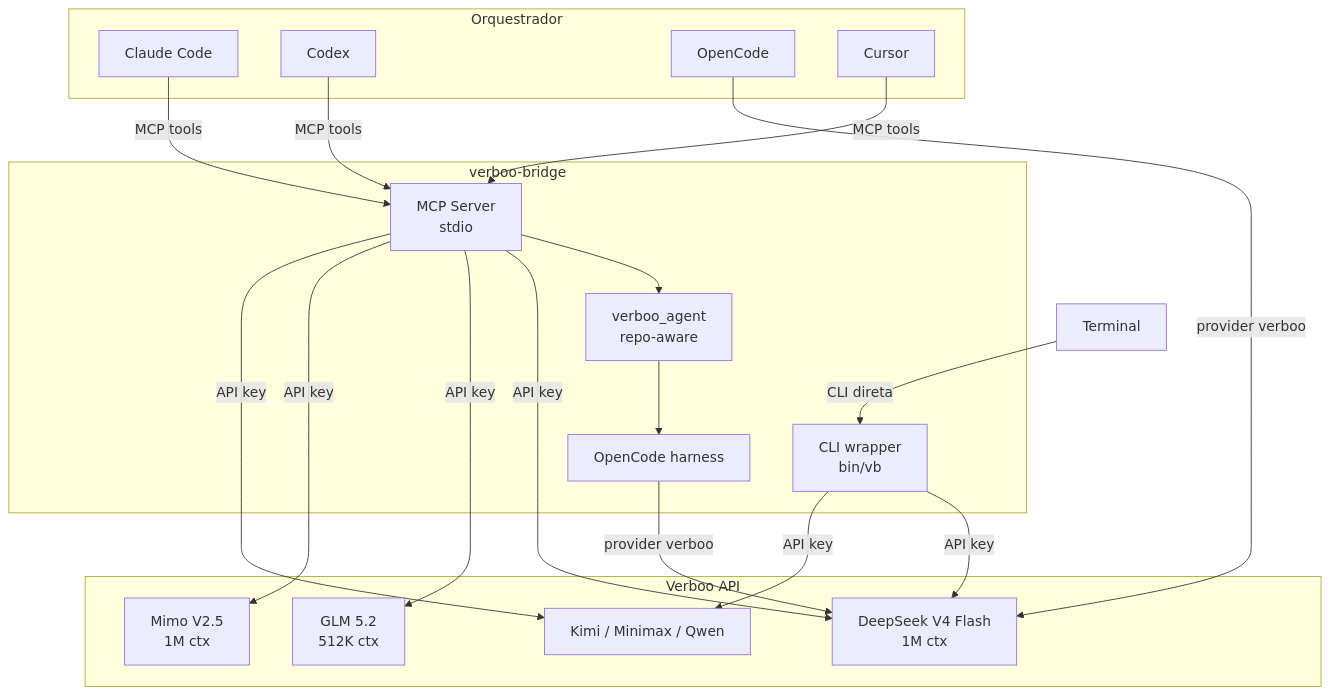
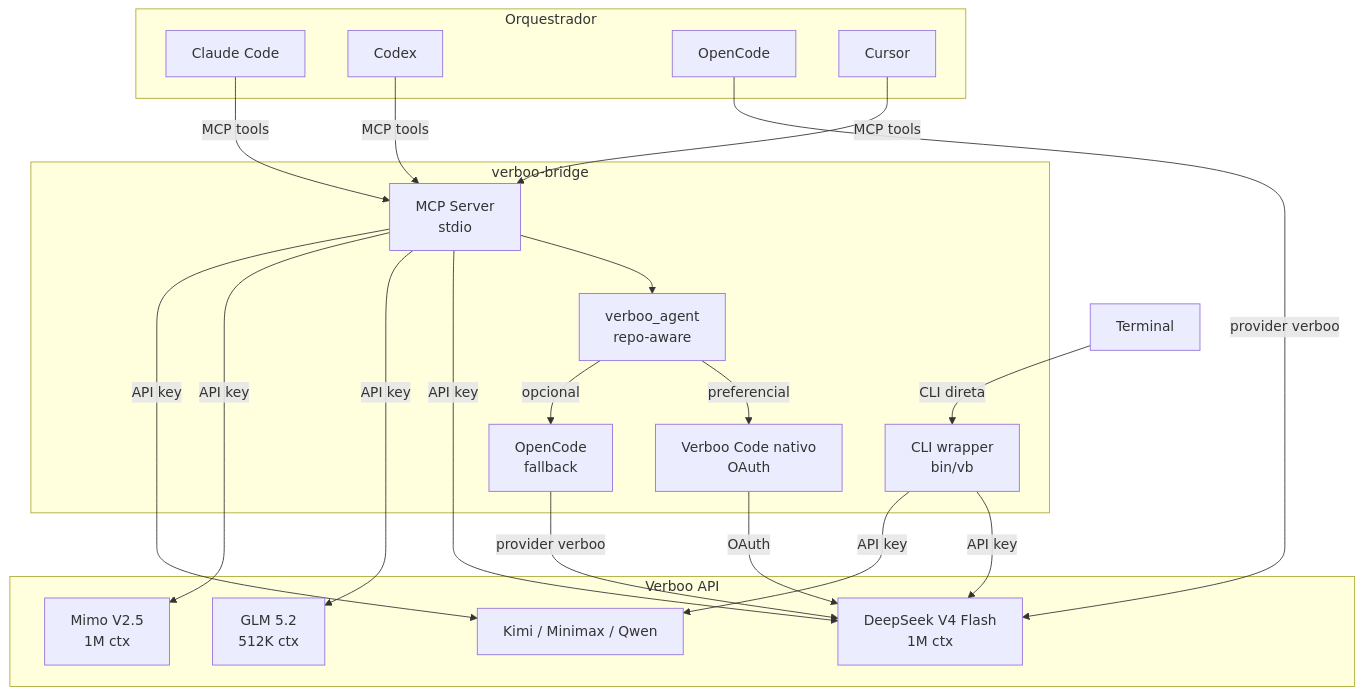
One commit to nikolasdehor/verboo-bridge changed the first of 2 diagrams in README.md. Above: the diagram before and after it, drawn with Mermaid. The commit also changed other lines of this file and 3 other files, not shown here.

Commit message:
feat: add native Verboo Code executor

````diff
--- a/README.md
+++ b/README.md
@@ -18,39 +18,42 @@
 ```mermaid
 graph TB
     subgraph "Orquestrador"
         CLAUDE[Claude Code]
         CODEX[Codex]
         OPENCODE[OpenCode]
         CURSOR[Cursor]
     end
 
     subgraph "verboo-bridge"
         MCP[MCP Server<br/>stdio]
         CLI[CLI wrapper<br/>bin/vb]
         AGENT[verboo_agent<br/>repo-aware]
-        HARNESS[OpenCode harness]
+        NATIVE[Verboo Code nativo<br/>OAuth]
+        HARNESS[OpenCode<br/>fallback]
     end
 
     subgraph "Verboo API"
         DS[DeepSeek V4 Flash<br/>1M ctx]
         GLM[GLM 5.2<br/>512K ctx]
         MIMO[Mimo V2.5<br/>1M ctx]
         OUTROS[Kimi / Minimax / Qwen]
     end
 
     CLAUDE -->|MCP tools| MCP
     CODEX -->|MCP tools| MCP
     CURSOR -->|MCP tools| MCP
     Terminal -->|CLI direta| CLI
 
     MCP --> AGENT
-    AGENT --> HARNESS
+    AGENT -->|preferencial| NATIVE
+    AGENT -->|opcional| HARNESS
+    NATIVE -->|OAuth| DS
     HARNESS -->|provider verboo| DS
     OPENCODE -->|provider verboo| DS
     MCP -->|API key| DS
     MCP -->|API key| GLM
     MCP -->|API key| MIMO
     MCP -->|API key| OUTROS
     CLI -->|API key| DS
     CLI -->|API key| OUTROS
 ```
````
